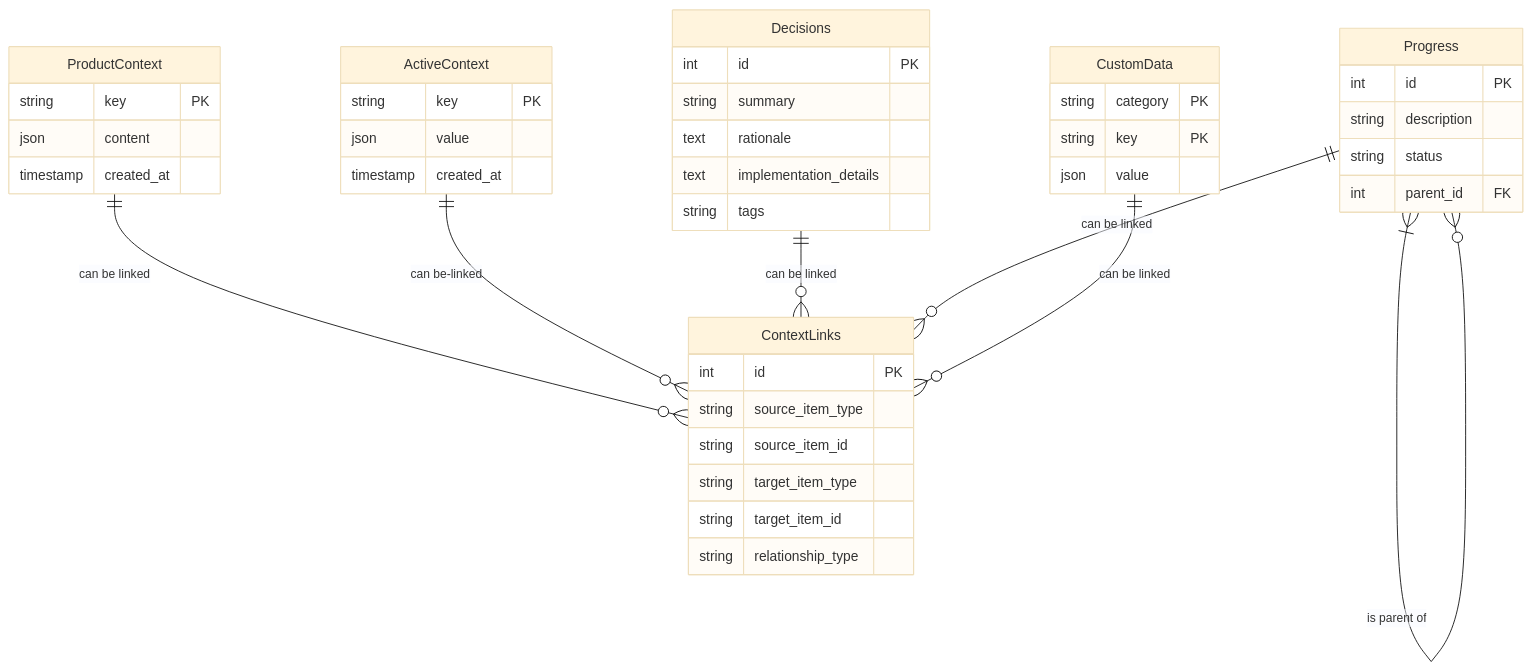
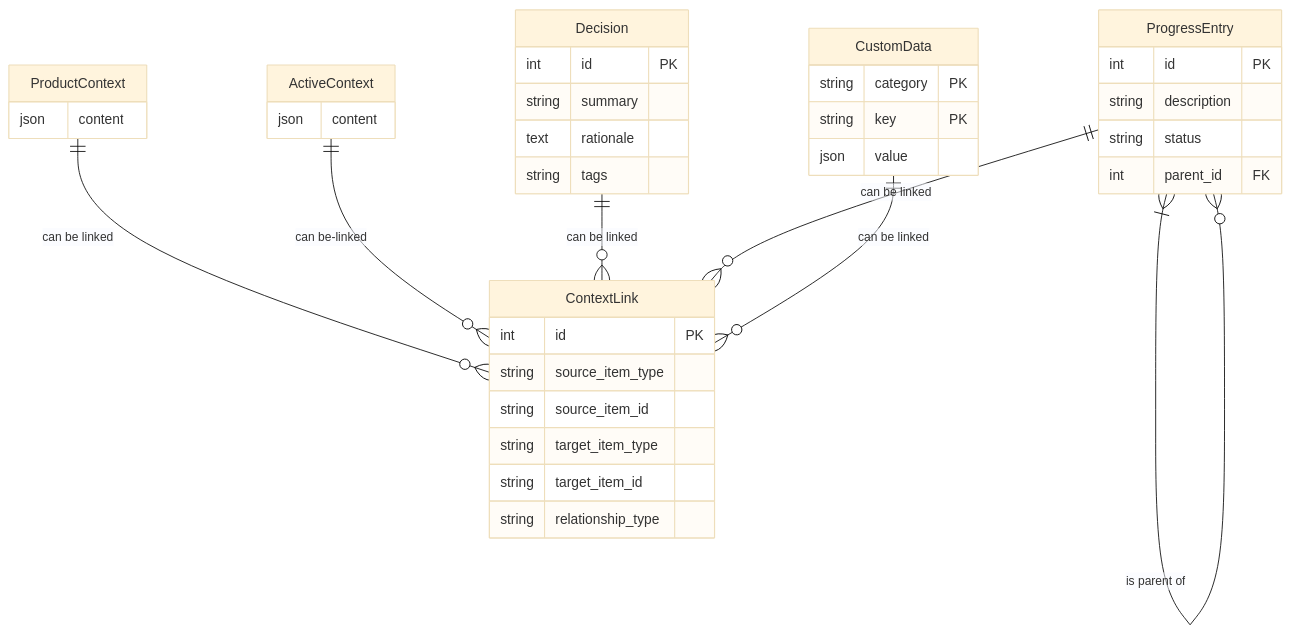
Before and after one commit to Siroopfles/NovaPort: the third of 3 diagrams in README.md, drawn with Mermaid (base theme). The commit also changed other lines of this file and 46 other files, not shown here.

````diff
--- a/README.md
+++ b/README.md
@@ -495,46 +510,41 @@
 ```mermaid
 erDiagram
     ProductContext {
-        string key PK
         json content
-        timestamp created_at
     }
     ActiveContext {
-        string key PK
-        json value
-        timestamp created_at
+        json content
     }
-    Decisions {
+    Decision {
         int id PK
         string summary
         text rationale
-        text implementation_details
         string tags
     }
-    Progress {
+    ProgressEntry {
         int id PK
         string description
         string status
         int parent_id FK
     }
     CustomData {
         string category PK
         string key PK
         json value
     }
-    ContextLinks {
+    ContextLink {
         int id PK
         string source_item_type
         string source_item_id
         string target_item_type
         string target_item_id
         string relationship_type
     }
 
-    Progress }|--o{ Progress : "is parent of"
-    ProductContext ||--o{ ContextLinks : "can be linked"
-    ActiveContext ||--o{ ContextLinks : "can be-linked"
-    Decisions ||--o{ ContextLinks : "can be linked"
-    Progress ||--o{ ContextLinks : "can be linked"
-    CustomData ||--o{ ContextLinks : "can be linked"
+    ProgressEntry }|--o{ ProgressEntry : "is parent of"
+    ProductContext ||--o{ ContextLink : "can be linked"
+    ActiveContext ||--o{ ContextLink : "can be-linked"
+    Decision ||--o{ ContextLink : "can be linked"
+    ProgressEntry ||--o{ ContextLink : "can be linked"
+    CustomData ||--o{ ContextLink : "can be linked"
 ```
````
